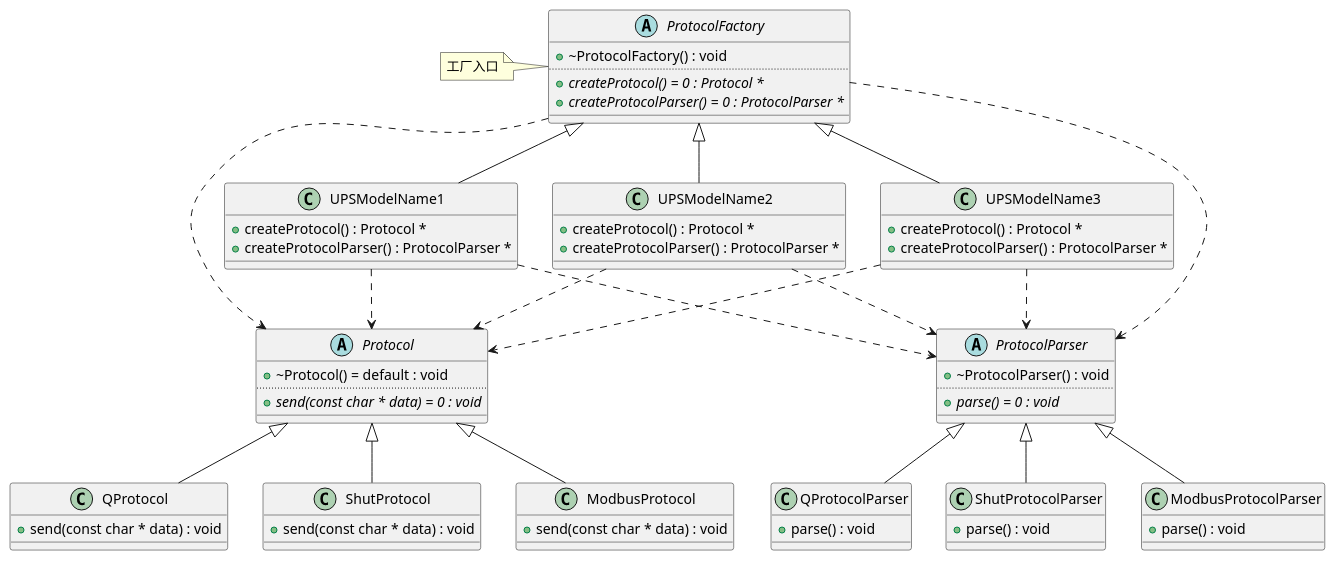
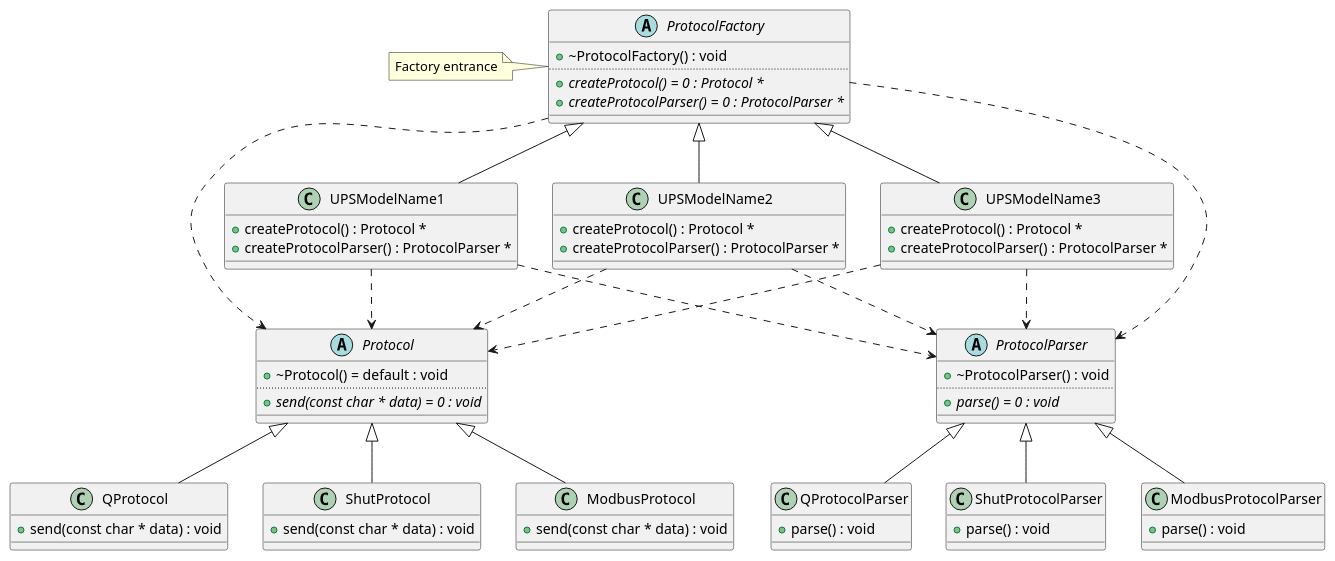
The diagram in diagrams/AbstractFactory_class.puml (haiyunduan-eaton/design-patterns-for-humans), drawn with PlantUML before and after one commit. The commit also changed 5 other files, not shown here.

```diff
--- a/diagrams/AbstractFactory_class.puml
+++ b/diagrams/AbstractFactory_class.puml
@@ -1,102 +1,102 @@
 @startuml
 abstract "Protocol" as C_0007639808613616496233
 abstract C_0007639808613616496233 {
 +~Protocol() = default : void
 ..
 {abstract} +send(const char * data) = 0 : void
 __
 }
 class "QProtocol" as C_0000978900636300089385
 class C_0000978900636300089385 {
 +send(const char * data) : void
 __
 }
 class "ShutProtocol" as C_0007875111691360516689
 class C_0007875111691360516689 {
 +send(const char * data) : void
 __
 }
 class "ModbusProtocol" as C_0014586431833533822418
 class C_0014586431833533822418 {
 +send(const char * data) : void
 __
 }
 abstract "ProtocolParser" as C_0000227478829820337172
 abstract C_0000227478829820337172 {
 +~ProtocolParser() : void
 ..
 {abstract} +parse() = 0 : void
 __
 }
 class "QProtocolParser" as C_0005104923032049056072
 class C_0005104923032049056072 {
 +parse() : void
 __
 }
 class "ShutProtocolParser" as C_0009603925065130512536
 class C_0009603925065130512536 {
 +parse() : void
 __
 }
 class "ModbusProtocolParser" as C_0001173923828144823346
 class C_0001173923828144823346 {
 +parse() : void
 __
 }
 abstract "ProtocolFactory" as C_0002927637185262260578
 abstract C_0002927637185262260578 {
 +~ProtocolFactory() : void
 ..
 {abstract} +createProtocol() = 0 : Protocol *
 {abstract} +createProtocolParser() = 0 : ProtocolParser *
 __
 }
 class "UPSModelName1" as C_0000371637500431407218
 class C_0000371637500431407218 {
 +createProtocol() : Protocol *
 +createProtocolParser() : ProtocolParser *
 __
 }
 class "UPSModelName2" as C_0000996561271834107609
 class C_0000996561271834107609 {
 +createProtocol() : Protocol *
 +createProtocolParser() : ProtocolParser *
 __
 }
 class "UPSModelName3" as C_0015479327712262646599
 class C_0015479327712262646599 {
 +createProtocol() : Protocol *
 +createProtocolParser() : ProtocolParser *
 __
 }
 C_0007639808613616496233 <|-- C_0000978900636300089385
 
 C_0007639808613616496233 <|-- C_0007875111691360516689
 
 C_0007639808613616496233 <|-- C_0014586431833533822418
 
 C_0000227478829820337172 <|-- C_0005104923032049056072
 
 C_0000227478829820337172 <|-- C_0009603925065130512536
 
 C_0000227478829820337172 <|-- C_0001173923828144823346
 
 C_0002927637185262260578 ..> C_0007639808613616496233
 C_0002927637185262260578 ..> C_0000227478829820337172
 C_0000371637500431407218 ..> C_0007639808613616496233
 C_0000371637500431407218 ..> C_0000227478829820337172
 C_0002927637185262260578 <|-- C_0000371637500431407218
 
 C_0000996561271834107609 ..> C_0007639808613616496233
 C_0000996561271834107609 ..> C_0000227478829820337172
 C_0002927637185262260578 <|-- C_0000996561271834107609
 
 C_0015479327712262646599 ..> C_0007639808613616496233
 C_0015479327712262646599 ..> C_0000227478829820337172
 C_0002927637185262260578 <|-- C_0015479327712262646599
 
-note left of C_0002927637185262260578: 工厂入口
+note left of C_0002927637185262260578: Factory entrance
 
 'Generated with clang-uml, version 0.5.4-14-ga36f4ca
 'LLVM version Ubuntu clang version 14.0.0-1ubuntu1.1
 @enduml
```
